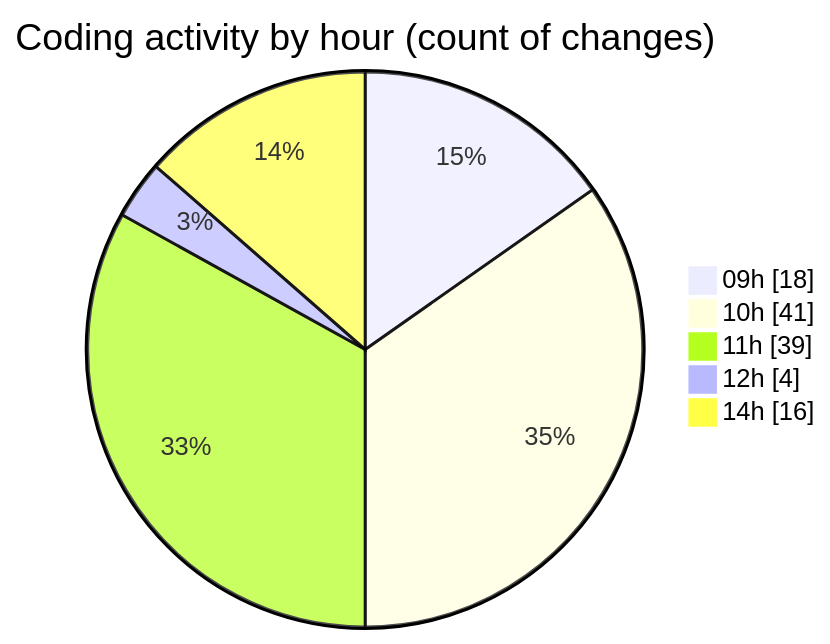
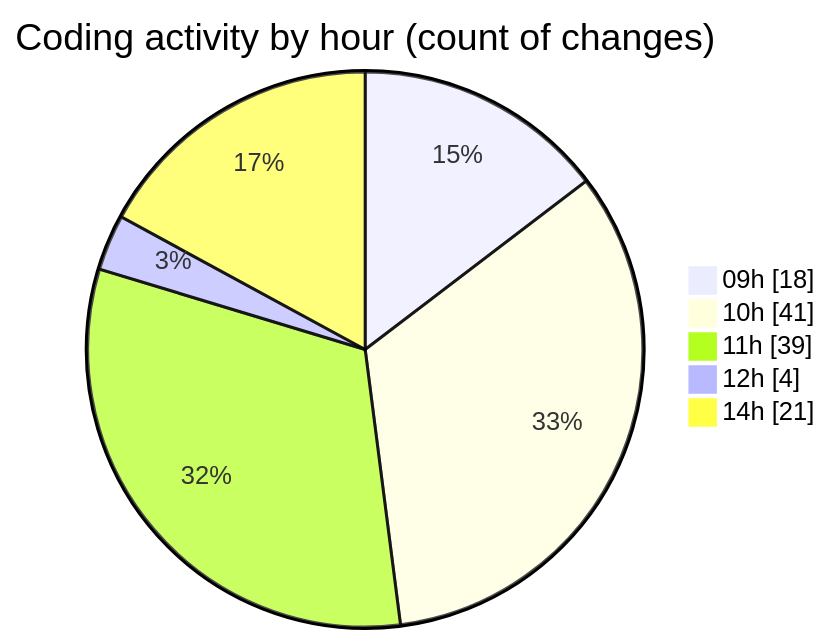
One commit to momahboobian/code-tracking changed the second of 2 diagrams in 2025-02-11/cda/README.md. Above: the diagram before and after it, drawn with Mermaid. The commit also changed other lines of this file and 1 other file, not shown here.

````diff
--- a/2025-02-11/cda/README.md
+++ b/2025-02-11/cda/README.md
@@ -32,9 +32,9 @@
 ```mermaid
 pie showData
 title Coding activity by hour (count of changes)
 "09h" : 18
 "10h" : 41
 "11h" : 39
 "12h" : 4
-"14h" : 16
+"14h" : 21
 ```
````
